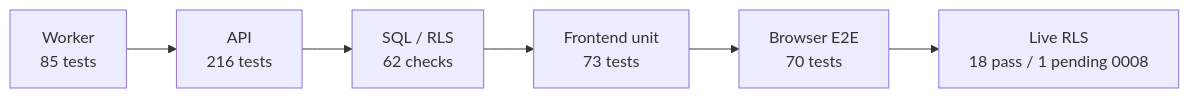
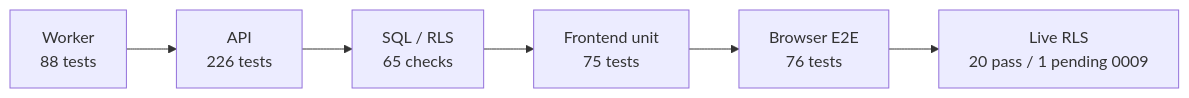
Before and after one commit to kanishk3114S/Visualify: the fourth of 4 diagrams in README.md, drawn with Mermaid. The commit also changed other lines of this file and 86 other files, not shown here.

````diff
--- a/README.md
+++ b/README.md
@@ -350,5 +358,5 @@
 ```mermaid
 flowchart LR
-    A["Worker<br/>85 tests"] --> B["API<br/>216 tests"] --> C["SQL / RLS<br/>62 checks"] --> D["Frontend unit<br/>73 tests"] --> E["Browser E2E<br/>70 tests"]
-    E --> F["Live RLS<br/>18 pass / 1 pending 0008"]
+    A["Worker<br/>88 tests"] --> B["API<br/>226 tests"] --> C["SQL / RLS<br/>65 checks"] --> D["Frontend unit<br/>75 tests"] --> E["Browser E2E<br/>76 tests"]
+    E --> F["Live RLS<br/>20 pass / 1 pending 0009"]
 ```
````
